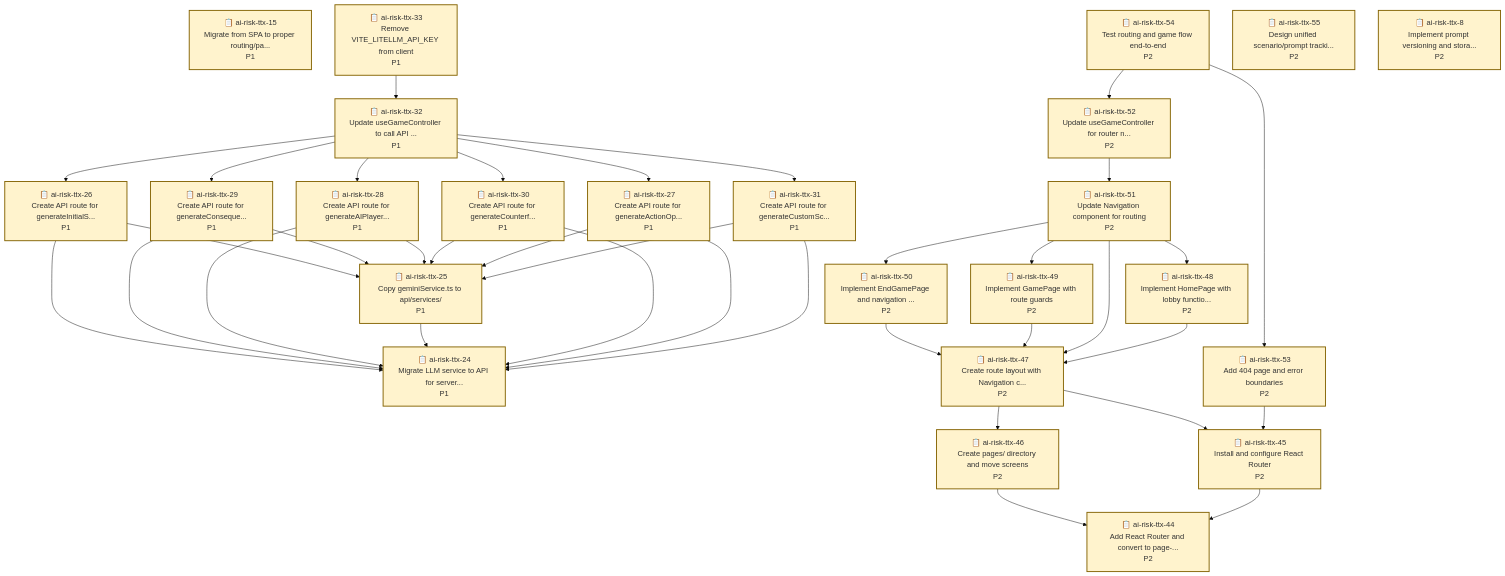
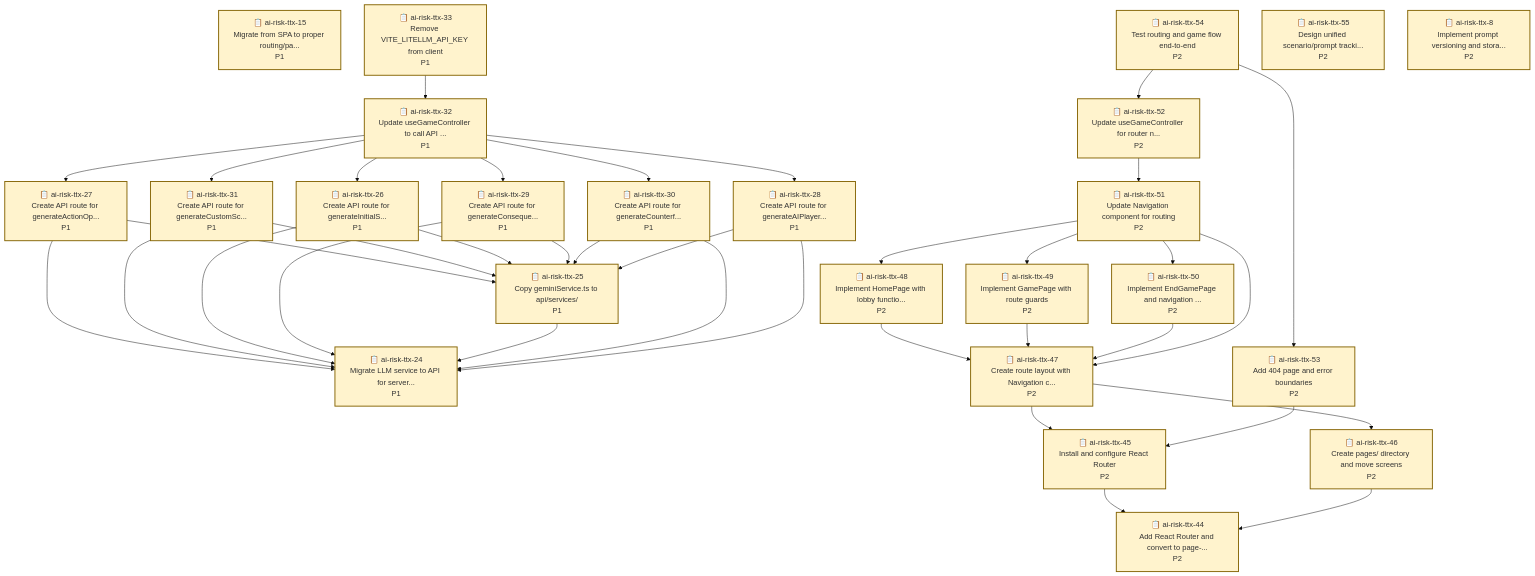
One commit to bhi5hmaraj/ai-risk-ttx changed the diagram in README.md. Above: the diagram before and after it, drawn with Mermaid (base theme). The commit also changed other lines of this file and 3 other files, not shown here.

````diff
--- a/README.md
+++ b/README.md
@@ -270,39 +270,39 @@
     ai-risk-ttx-8["📋 ai-risk-ttx-8<br/>Implement prompt versioning and stora...<br/>P2"]
     style ai-risk-ttx-8 fill:#fff3cd,stroke:#856404,stroke-width:2px
 
+    ai-risk-ttx-27 --> ai-risk-ttx-24
+    ai-risk-ttx-27 --> ai-risk-ttx-25
+    ai-risk-ttx-31 --> ai-risk-ttx-24
+    ai-risk-ttx-31 --> ai-risk-ttx-25
+    ai-risk-ttx-45 --> ai-risk-ttx-44
     ai-risk-ttx-33 --> ai-risk-ttx-32
-    ai-risk-ttx-46 --> ai-risk-ttx-44
-    ai-risk-ttx-50 --> ai-risk-ttx-47
-    ai-risk-ttx-47 --> ai-risk-ttx-45
-    ai-risk-ttx-47 --> ai-risk-ttx-46
+    ai-risk-ttx-48 --> ai-risk-ttx-47
     ai-risk-ttx-26 --> ai-risk-ttx-24
     ai-risk-ttx-26 --> ai-risk-ttx-25
-    ai-risk-ttx-53 --> ai-risk-ttx-45
     ai-risk-ttx-32 --> ai-risk-ttx-26
     ai-risk-ttx-32 --> ai-risk-ttx-27
     ai-risk-ttx-32 --> ai-risk-ttx-28
     ai-risk-ttx-32 --> ai-risk-ttx-29
     ai-risk-ttx-32 --> ai-risk-ttx-30
     ai-risk-ttx-32 --> ai-risk-ttx-31
-    ai-risk-ttx-52 --> ai-risk-ttx-51
+    ai-risk-ttx-47 --> ai-risk-ttx-45
+    ai-risk-ttx-47 --> ai-risk-ttx-46
+    ai-risk-ttx-29 --> ai-risk-ttx-24
+    ai-risk-ttx-29 --> ai-risk-ttx-25
+    ai-risk-ttx-49 --> ai-risk-ttx-47
+    ai-risk-ttx-25 --> ai-risk-ttx-24
+    ai-risk-ttx-46 --> ai-risk-ttx-44
+    ai-risk-ttx-30 --> ai-risk-ttx-24
+    ai-risk-ttx-30 --> ai-risk-ttx-25
     ai-risk-ttx-54 --> ai-risk-ttx-52
     ai-risk-ttx-54 --> ai-risk-ttx-53
-    ai-risk-ttx-45 --> ai-risk-ttx-44
-    ai-risk-ttx-29 --> ai-risk-ttx-24
-    ai-risk-ttx-29 --> ai-risk-ttx-25
+    ai-risk-ttx-52 --> ai-risk-ttx-51
+    ai-risk-ttx-53 --> ai-risk-ttx-45
     ai-risk-ttx-28 --> ai-risk-ttx-24
     ai-risk-ttx-28 --> ai-risk-ttx-25
-    ai-risk-ttx-49 --> ai-risk-ttx-47
-    ai-risk-ttx-25 --> ai-risk-ttx-24
-    ai-risk-ttx-30 --> ai-risk-ttx-24
-    ai-risk-ttx-30 --> ai-risk-ttx-25
-    ai-risk-ttx-27 --> ai-risk-ttx-24
-    ai-risk-ttx-27 --> ai-risk-ttx-25
+    ai-risk-ttx-50 --> ai-risk-ttx-47
     ai-risk-ttx-51 --> ai-risk-ttx-47
     ai-risk-ttx-51 --> ai-risk-ttx-48
     ai-risk-ttx-51 --> ai-risk-ttx-49
     ai-risk-ttx-51 --> ai-risk-ttx-50
-    ai-risk-ttx-48 --> ai-risk-ttx-47
-    ai-risk-ttx-31 --> ai-risk-ttx-24
-    ai-risk-ttx-31 --> ai-risk-ttx-25
 ```
````
